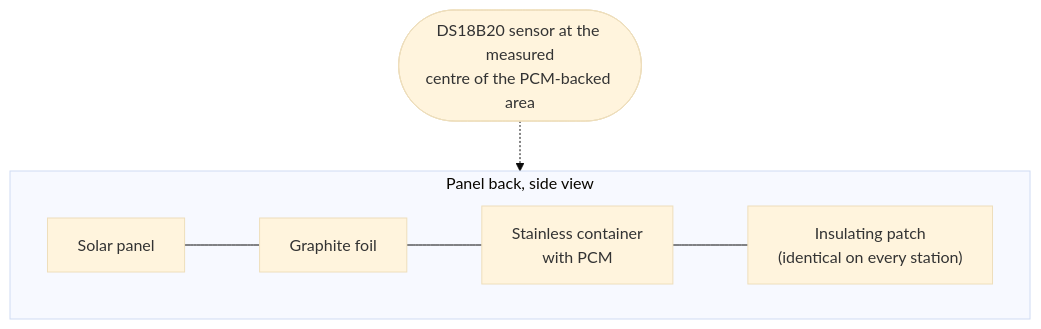
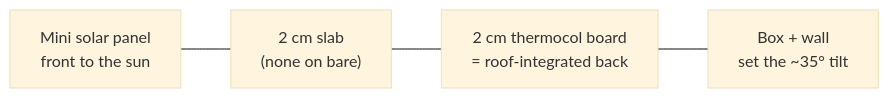
One commit to razagoat12/Field-Test changed the first of 2 diagrams in README.md. Above: the diagram before and after it, drawn with Mermaid (base theme). The commit also changed other lines of this file and 20 other files, not shown here.

````diff
--- a/README.md
+++ b/README.md
@@ -86,8 +68,4 @@
 ```mermaid
-flowchart TB
-    subgraph rig["Panel back, side view"]
-        direction LR
-        P["Solar panel"] --- F["Graphite foil"] --- C["Stainless container<br/>with PCM"] --- I["Insulating patch<br/>(identical on every station)"]
-    end
-    S(["DS18B20 sensor at the measured<br/>centre of the PCM-backed area"]) -.-> P
+flowchart LR
+    P["Mini solar panel<br/>front to the sun"] --- S["2 cm slab<br/>(none on bare)"] --- B["2 cm thermocol board<br/>= roof-integrated back"] --- W["Box + wall<br/>set the ~35° tilt"]
 ```
````
